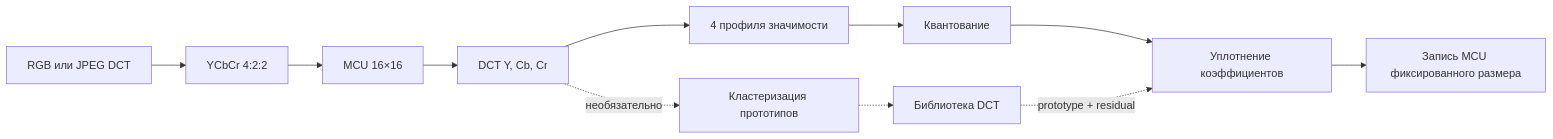
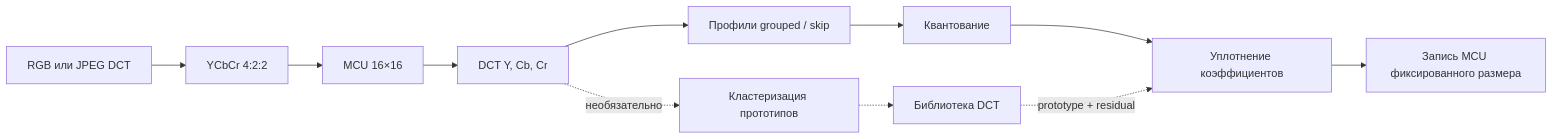
One commit to Witali/block-palette-compression changed the first of 7 diagrams in docs/DCTBS2_ALGORITHM_ru.md. Above: the diagram before and after it, drawn with Mermaid. The commit also changed other lines of this file and 25 other files, not shown here.

````diff
--- a/docs/DCTBS2_ALGORITHM_ru.md
+++ b/docs/DCTBS2_ALGORITHM_ru.md
@@ -41,13 +43,13 @@
 ```mermaid
 flowchart LR
     A["RGB или JPEG DCT"] --> B["YCbCr 4:2:2"]
     B --> C["MCU 16×16"]
     C --> D["DCT Y, Cb, Cr"]
-    D --> E["4 профиля значимости"]
+    D --> E["Профили grouped / skip"]
     E --> F["Квантование"]
     F --> G["Уплотнение коэффициентов"]
     G --> H["Запись MCU фиксированного размера"]
     D -. "необязательно" .-> I["Кластеризация прототипов"]
     I -.-> J["Библиотека DCT"]
     J -. "prototype + residual" .-> G
 ```
````
